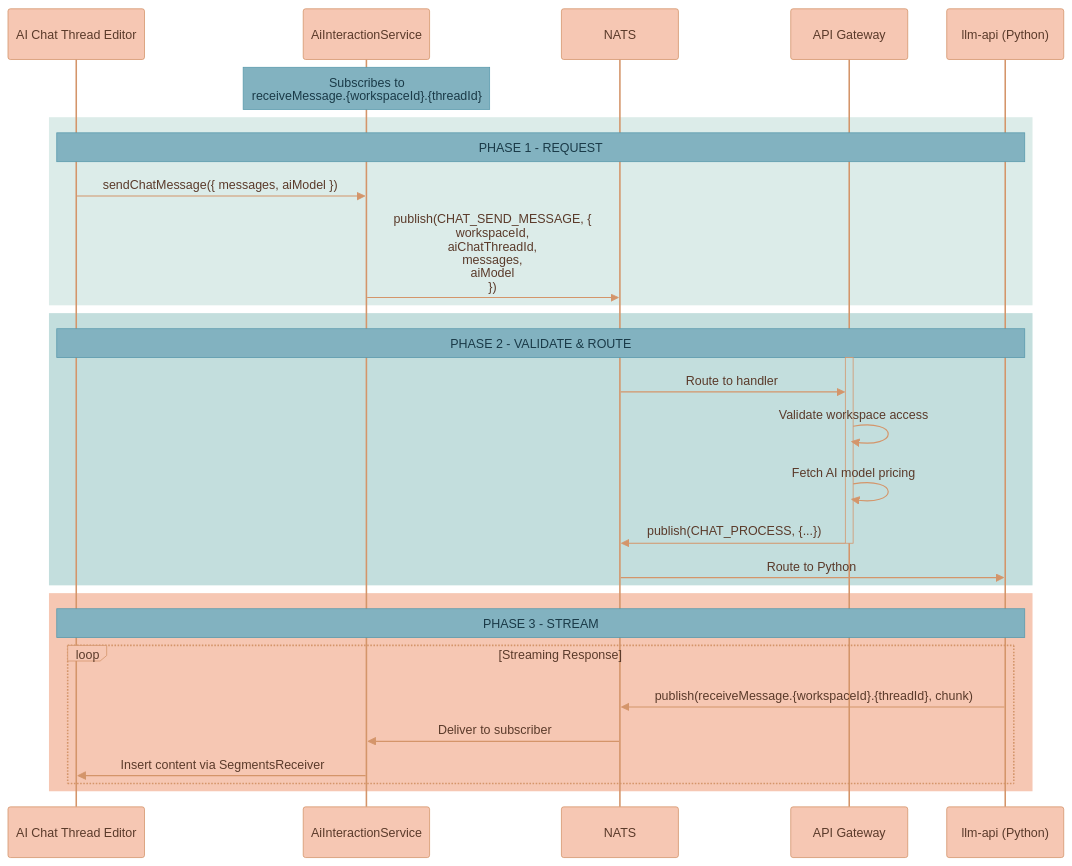
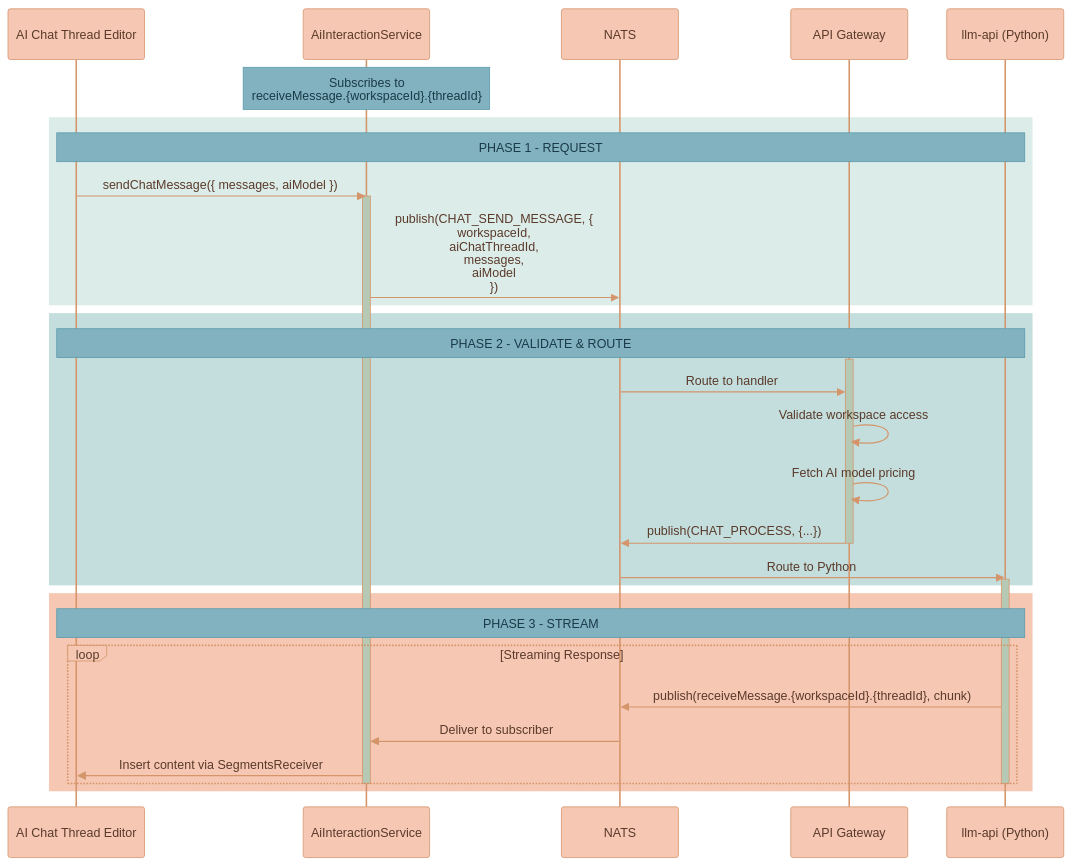
The tenth of 17 diagrams in documentation/features/WORKSPACE-FEATURE.md (Lixpi/lixpi), drawn with Mermaid before and after one commit. The commit also changed other lines of this file and 5 other files, not shown here.

````diff
--- a/documentation/features/WORKSPACE-FEATURE.md
+++ b/documentation/features/WORKSPACE-FEATURE.md
@@ -629,44 +663,48 @@
 ```mermaid
-%%{init: {'theme': 'base', 'themeVariables': { 'noteBkgColor': '#82B2C0', 'noteTextColor': '#1a3a47', 'noteBorderColor': '#5a9aad', 'actorBkg': '#F6C7B3', 'actorBorder': '#d4956a', 'actorTextColor': '#5a3a2a', 'actorLineColor': '#d4956a', 'signalColor': '#d4956a', 'signalTextColor': '#5a3a2a', 'labelBoxBkgColor': '#F6C7B3', 'labelBoxBorderColor': '#d4956a', 'labelTextColor': '#5a3a2a', 'loopTextColor': '#5a3a2a', 'activationBorderColor': '#d4956a', 'activationBkgColor': '#C3DEDD', 'sequenceNumberColor': '#5a3a2a'}}}%%
+%%{init: {'theme': 'base', 'themeVariables': { 'noteBkgColor': '#82B2C0', 'noteTextColor': '#1a3a47', 'noteBorderColor': '#5a9aad', 'actorBkg': '#F6C7B3', 'actorBorder': '#d4956a', 'actorTextColor': '#5a3a2a', 'actorLineColor': '#d4956a', 'signalColor': '#d4956a', 'signalTextColor': '#5a3a2a', 'labelBoxBkgColor': '#F6C7B3', 'labelBoxBorderColor': '#d4956a', 'labelTextColor': '#5a3a2a', 'loopTextColor': '#5a3a2a', 'activationBorderColor': '#d4956a', 'activationBkgColor': '#B5C9B5', 'sequenceNumberColor': '#5a3a2a'}}}%%
 sequenceDiagram
     participant Editor as AI Chat Thread Editor
     participant AIS as AiInteractionService
     participant NATS as NATS
     participant API as API Gateway
     participant LLM as llm-api (Python)
     Note over AIS: Subscribes to<br/>receiveMessage.{workspaceId}.{threadId}
     %% ═══════════════════════════════════════════════════════════════
     %% PHASE 1: REQUEST
     %% ═══════════════════════════════════════════════════════════════
     rect rgb(220, 236, 233)
         Note over Editor, LLM: PHASE 1 - REQUEST
         Editor->>AIS: sendChatMessage({ messages, aiModel })
+        activate AIS
         AIS->>NATS: publish(CHAT_SEND_MESSAGE, {<br/>  workspaceId,<br/>  aiChatThreadId,<br/>  messages,<br/>  aiModel<br/>})
     end
 
     %% ═══════════════════════════════════════════════════════════════
     %% PHASE 2: VALIDATE & ROUTE
     %% ═══════════════════════════════════════════════════════════════
     rect rgb(195, 222, 221)
         Note over Editor, LLM: PHASE 2 - VALIDATE & ROUTE
         activate API
         NATS->>API: Route to handler
         API->>API: Validate workspace access
         API->>API: Fetch AI model pricing
         API->>NATS: publish(CHAT_PROCESS, {...})
         deactivate API
         NATS->>LLM: Route to Python
+        activate LLM
     end
 
     %% ═══════════════════════════════════════════════════════════════
     %% PHASE 3: STREAM
     %% ═══════════════════════════════════════════════════════════════
     rect rgb(246, 199, 179)
         Note over Editor, LLM: PHASE 3 - STREAM
         loop Streaming Response
             LLM->>NATS: publish(receiveMessage.{workspaceId}.{threadId}, chunk)
             NATS->>AIS: Deliver to subscriber
             AIS->>Editor: Insert content via SegmentsReceiver
         end
+        deactivate LLM
+        deactivate AIS
     end
 ```
````
